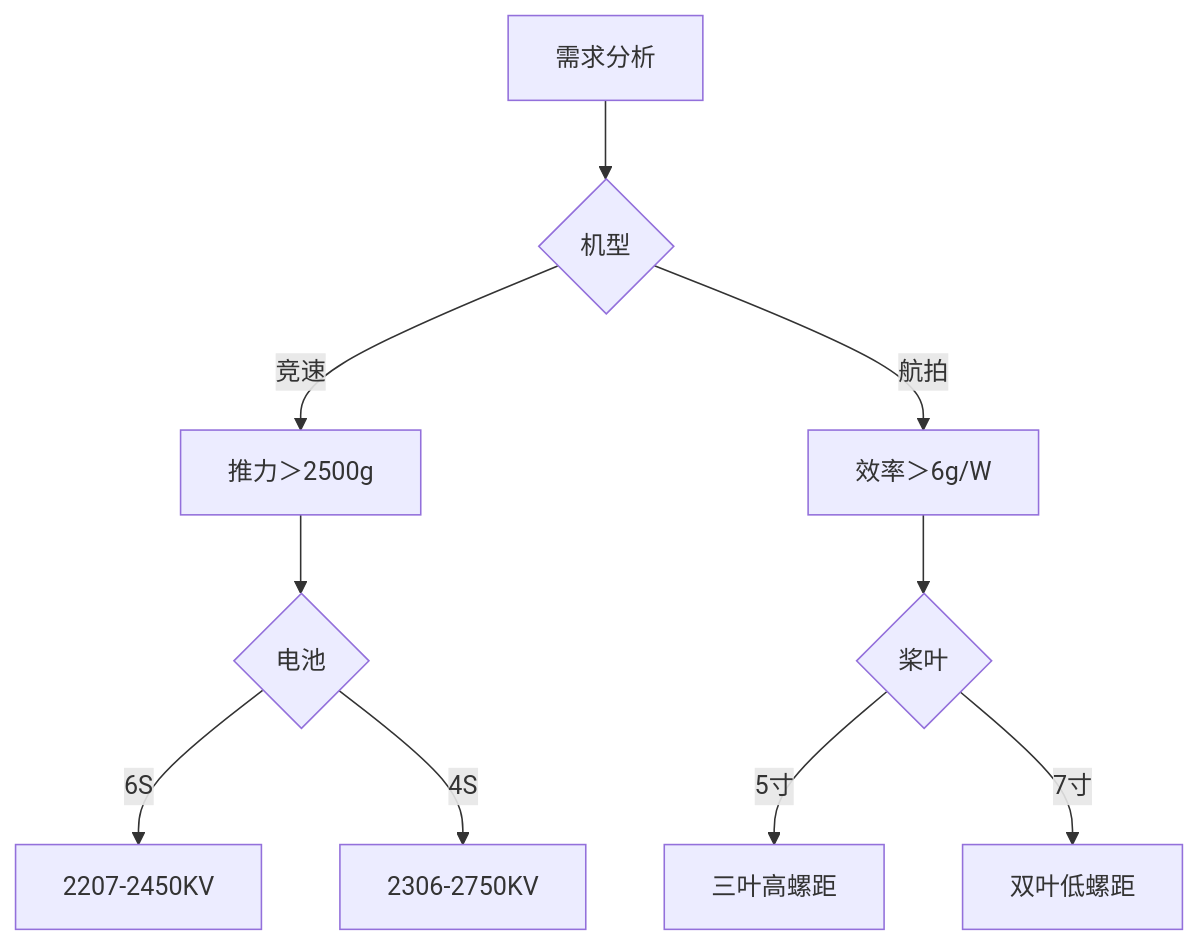
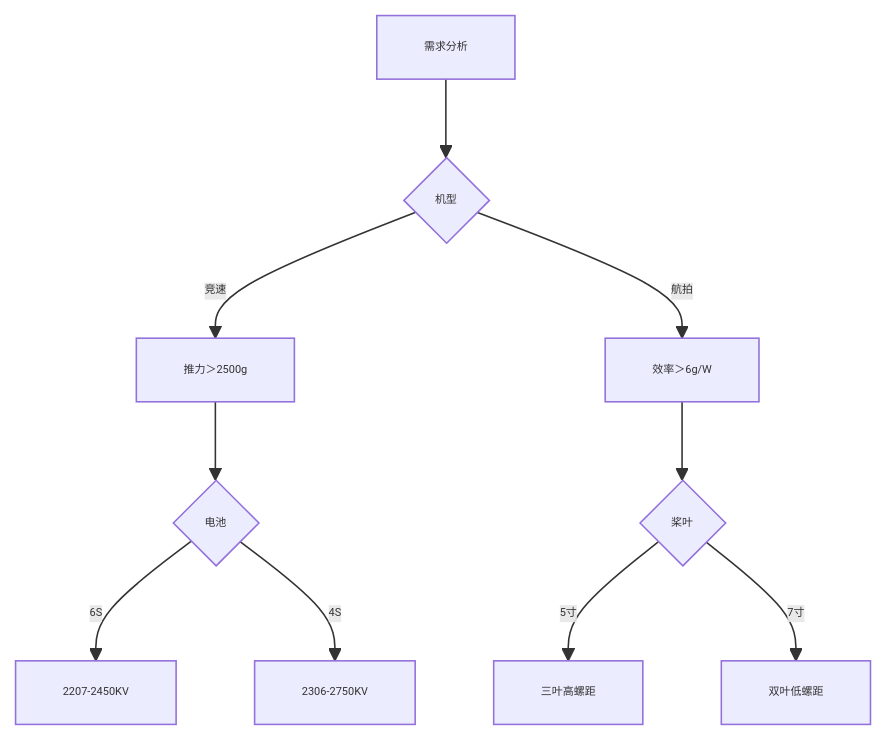
One commit to wigennn/fpv_doc changed the second of 2 diagrams in hardware/motors.md. Above: the diagram before and after it, drawn with Mermaid. The commit also changed other lines of this file and 67 other files, not shown here.

````diff
--- a/hardware/motors.md
+++ b/hardware/motors.md
@@ -117,12 +118,13 @@
 ```mermaid
+%%{init: {'themeVariables': { 'fontSize': '7px' }}}%%
 graph TD
     A[需求分析] --> B{机型}
     B -->|竞速| C[推力＞2500g]
     B -->|航拍| D[效率＞6g/W]
     C --> E{电池}
     E -->|6S| F[2207-2450KV]
     E -->|4S| G[2306-2750KV]
     D --> H{桨叶}
     H -->|5寸| I[三叶高螺距]
     H -->|7寸| J[双叶低螺距]
 ```
````
